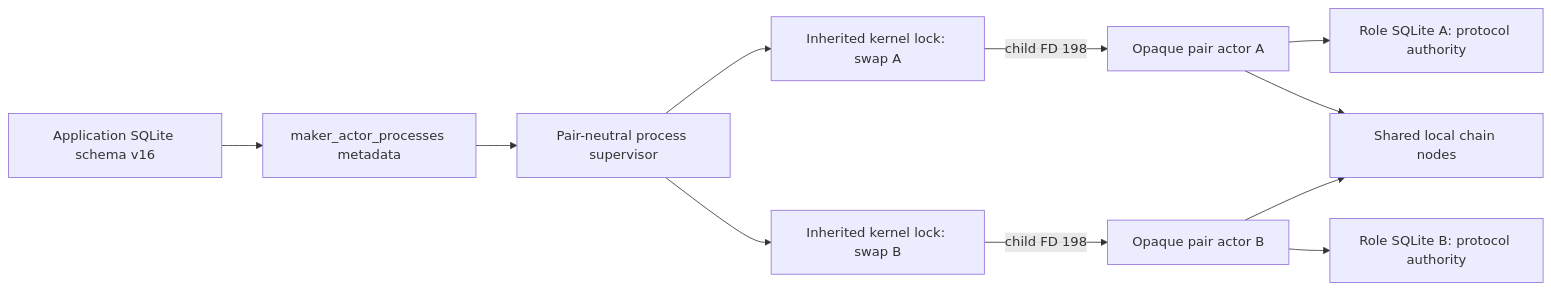
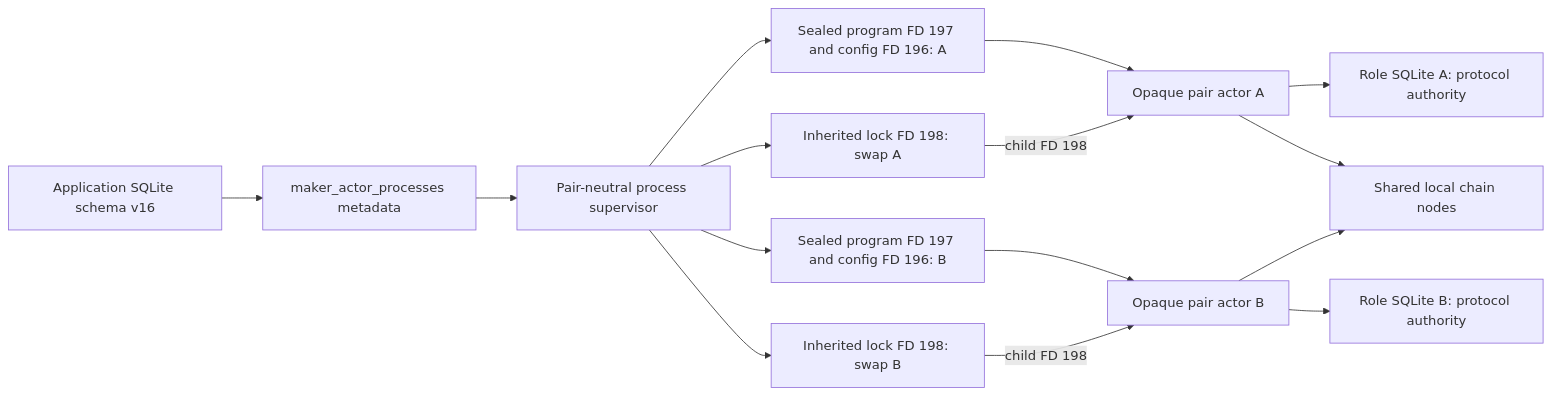
Before and after one commit to gateway-fm/lez-atomic-swaps: the first of 2 diagrams in docs/architecture/0100-fence-maker-actor-process-leases.md, drawn with Mermaid. The commit also changed other lines of this file and 7 other files, not shown here.

````diff
--- a/docs/architecture/0100-fence-maker-actor-process-leases.md
+++ b/docs/architecture/0100-fence-maker-actor-process-leases.md
@@ -68,13 +80,17 @@
 ```mermaid
 flowchart LR
     AppDB["Application SQLite schema v16"] --> Schedule["maker_actor_processes metadata"]
     Schedule --> Supervisor["Pair-neutral process supervisor"]
-    Supervisor --> LockA["Inherited kernel lock: swap A"]
-    Supervisor --> LockB["Inherited kernel lock: swap B"]
+    Supervisor --> ArtifactsA["Sealed program FD 197 and config FD 196: A"]
+    Supervisor --> ArtifactsB["Sealed program FD 197 and config FD 196: B"]
+    Supervisor --> LockA["Inherited lock FD 198: swap A"]
+    Supervisor --> LockB["Inherited lock FD 198: swap B"]
+    ArtifactsA --> ActorA["Opaque pair actor A"]
+    ArtifactsB --> ActorB["Opaque pair actor B"]
     LockA -->|"child FD 198"| ActorA["Opaque pair actor A"]
     LockB -->|"child FD 198"| ActorB["Opaque pair actor B"]
     ActorA --> StateA["Role SQLite A: protocol authority"]
     ActorB --> StateB["Role SQLite B: protocol authority"]
     ActorA --> Nodes["Shared local chain nodes"]
     ActorB --> Nodes
 ```
````
